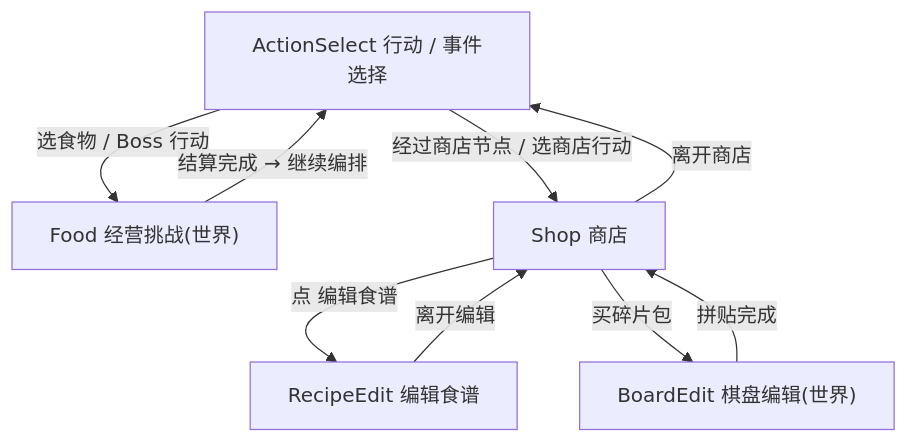
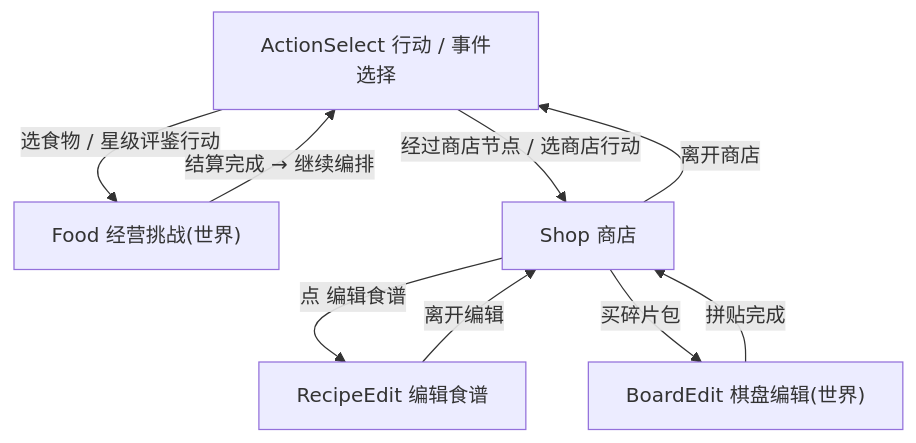
Before and after one commit to 2563495284/gourmetproject: the second of 3 diagrams in GourmetProject/docs/design/游戏设计/界面.md, drawn with Mermaid. The commit also changed other lines of this file and 77 other files, not shown here.

````diff
--- a/GourmetProject/docs/design/游戏设计/界面.md
+++ b/GourmetProject/docs/design/游戏设计/界面.md
@@ -43,11 +43,11 @@
 ```mermaid
 flowchart TD
-  ActionSelect["ActionSelect 行动 / 事件选择"] -->|"选食物 / Boss 行动"| Food["Food 经营挑战(世界)"]
+  ActionSelect["ActionSelect 行动 / 事件选择"] -->|"选食物 / 星级评鉴行动"| Food["Food 经营挑战(世界)"]
   ActionSelect -->|"经过商店节点 / 选商店行动"| Shop["Shop 商店"]
   Shop -->|"点 编辑食谱"| Edit["RecipeEdit 编辑食谱"]
   Edit -->|"离开编辑"| Shop
   Shop -->|"买碎片包"| Board["BoardEdit 棋盘编辑(世界)"]
   Board -->|"拼贴完成"| Shop
   Shop -->|"离开商店"| ActionSelect
   Food -->|"结算完成 → 继续编排"| ActionSelect
 ```
````
